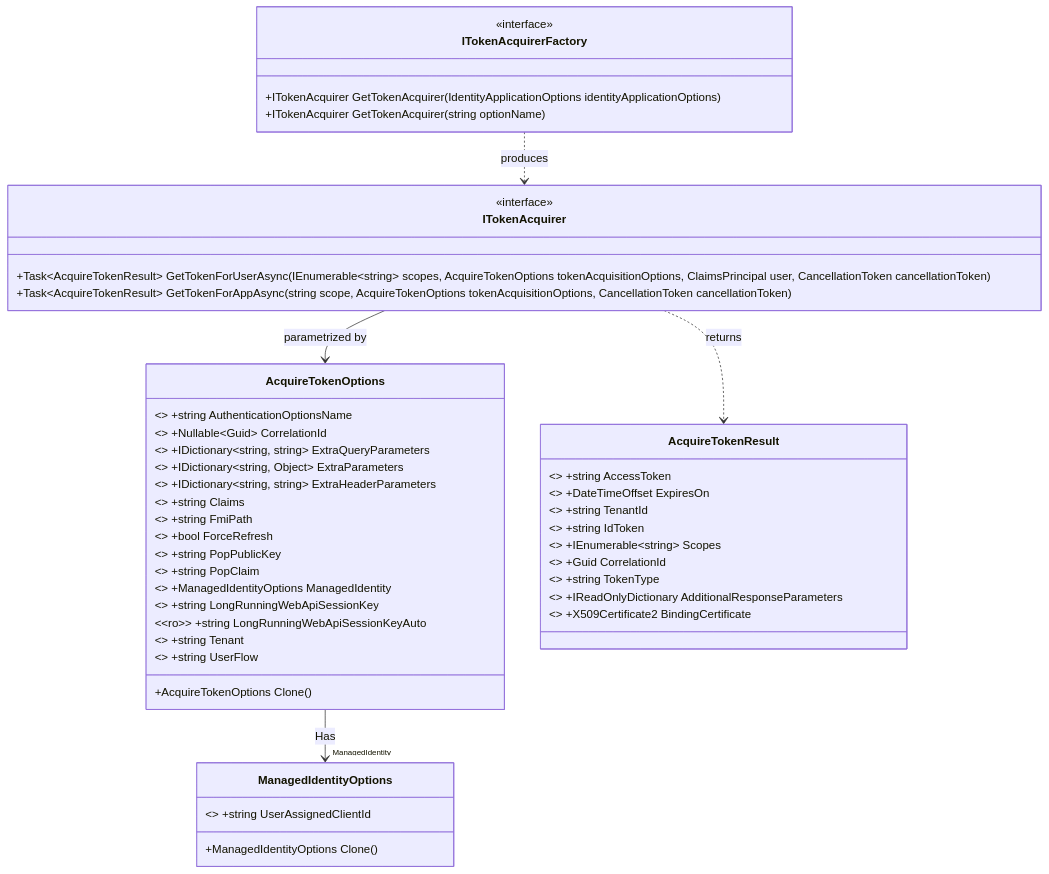
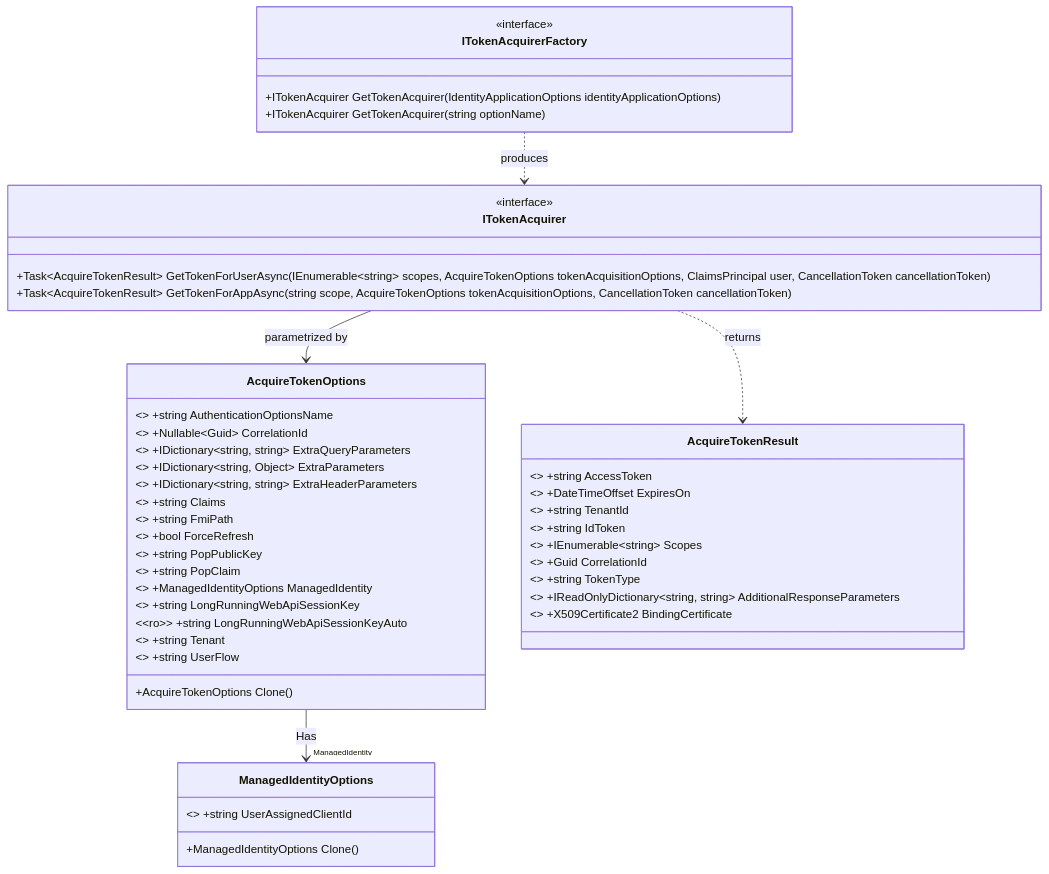
Before and after one commit to AzureAD/microsoft-identity-abstractions-for-dotnet: the fourth of 6 diagrams in README.md, drawn with Mermaid. The commit also changed other lines of this file, not shown here.

````diff
--- a/README.md
+++ b/README.md
@@ -364,49 +364,49 @@
 ```mermaid
 classDiagram
    class AcquireTokenOptions {
     +AcquireTokenOptions Clone()
     <<rw>> +string AuthenticationOptionsName
     <<rw>> +Nullable&lt;Guid&gt; CorrelationId
     <<rw>> +IDictionary&lt;string, string&gt; ExtraQueryParameters
     <<rw>> +IDictionary&lt;string, Object&gt; ExtraParameters
     <<rw>> +IDictionary&lt;string, string&gt; ExtraHeaderParameters
     <<rw>> +string Claims
     <<rw>> +string FmiPath
     <<rw>> +bool ForceRefresh
     <<rw>> +string PopPublicKey
     <<rw>> +string PopClaim
     <<rw>> +ManagedIdentityOptions ManagedIdentity
     <<rw>> +string LongRunningWebApiSessionKey
     &lt;&lt;ro&gt;&gt; +string LongRunningWebApiSessionKeyAuto
     <<rw>> +string Tenant
     <<rw>> +string UserFlow
     }
     class AcquireTokenResult {
     <<rw>> +string AccessToken
     <<rw>> +DateTimeOffset ExpiresOn
     <<rw>> +string TenantId
     <<rw>> +string IdToken
     <<rw>> +IEnumerable&lt;string&gt; Scopes
     <<rw>> +Guid CorrelationId
     <<rw>> +string TokenType
-    <<rw>> +IReadOnlyDictionary<string,string> AdditionalResponseParameters
+    <<rw>> +IReadOnlyDictionary&lt;string, string&gt; AdditionalResponseParameters
     <<rw>> +X509Certificate2 BindingCertificate
     }
     class ITokenAcquirer { <<interface>>
     +Task&lt;AcquireTokenResult&gt; GetTokenForUserAsync(IEnumerable&lt;string&gt; scopes, AcquireTokenOptions tokenAcquisitionOptions, ClaimsPrincipal user, CancellationToken cancellationToken)
     +Task&lt;AcquireTokenResult&gt; GetTokenForAppAsync(string scope, AcquireTokenOptions tokenAcquisitionOptions, CancellationToken cancellationToken)
     }
     class ITokenAcquirerFactory { <<interface>>
     +ITokenAcquirer GetTokenAcquirer(IdentityApplicationOptions identityApplicationOptions)
     +ITokenAcquirer GetTokenAcquirer(string optionName)
     }
     class ManagedIdentityOptions {
     +ManagedIdentityOptions Clone()
     <<rw>> +string UserAssignedClientId
     }
 
    ITokenAcquirerFactory ..> ITokenAcquirer : produces
    ITokenAcquirer -->  AcquireTokenOptions : parametrized by
    AcquireTokenOptions --> "ManagedIdentity" ManagedIdentityOptions : Has
    ITokenAcquirer ..>  AcquireTokenResult : returns
 ```
````
